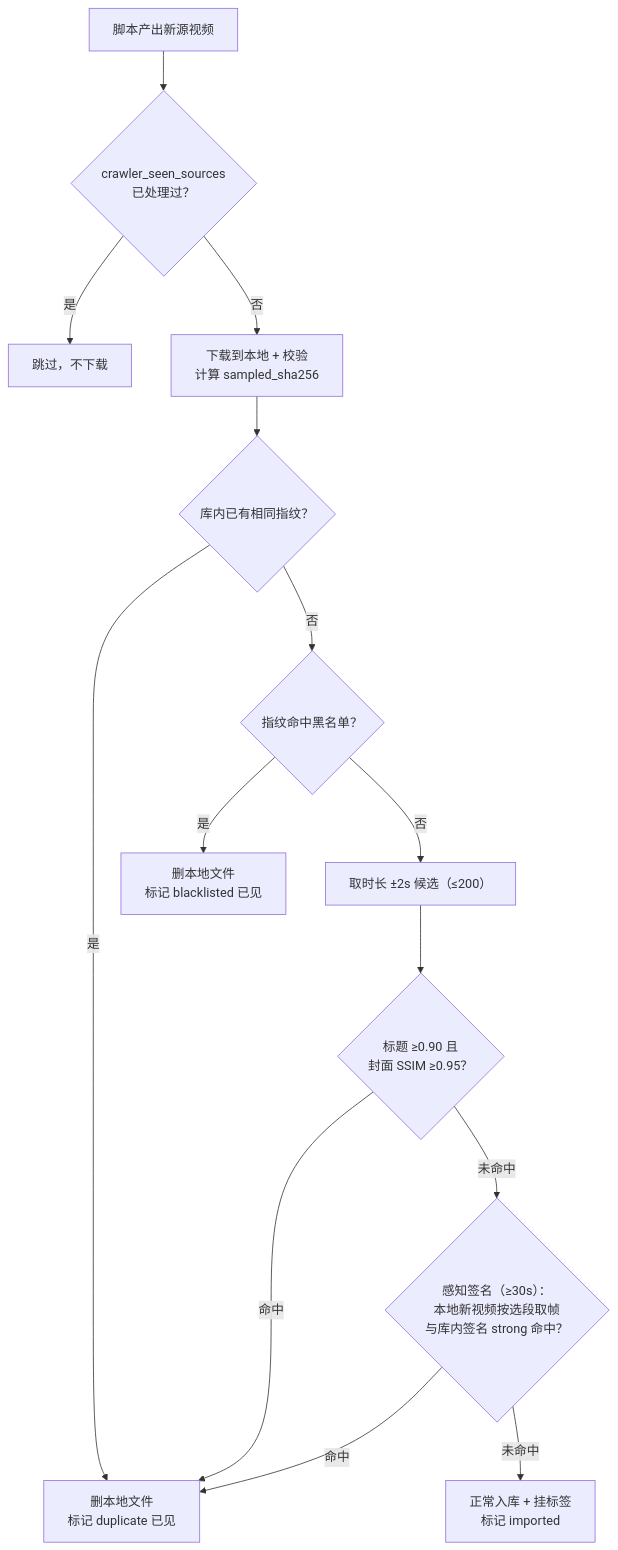
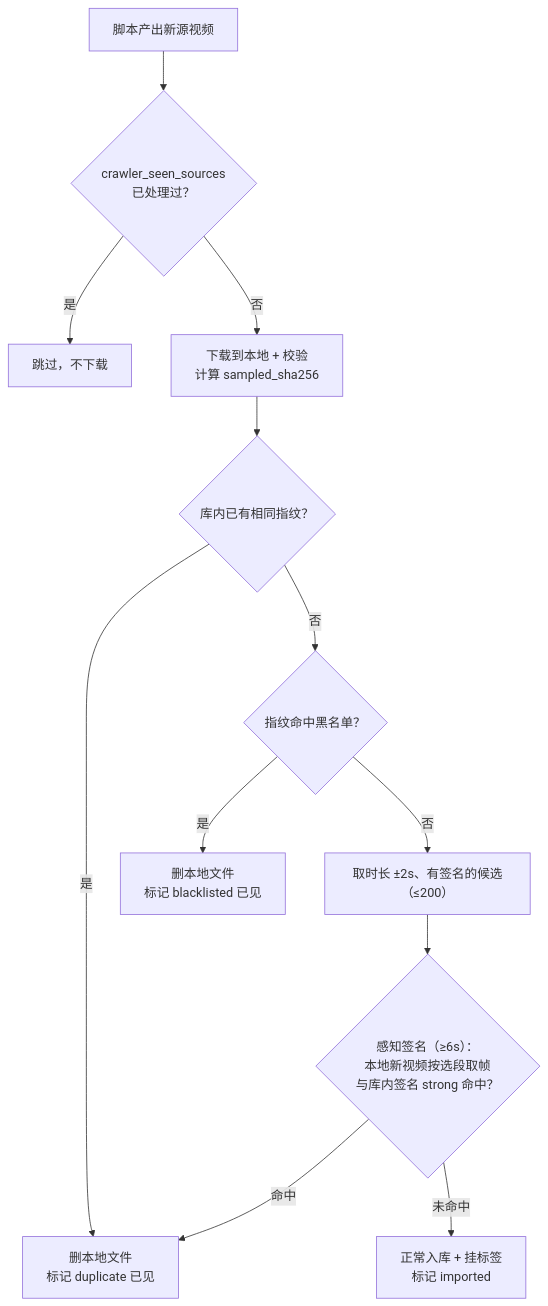
One commit to nianzhibai/91 changed the second of 3 diagrams in docs/DEDUP.md. Above: the diagram before and after it, drawn with Mermaid. The commit also changed other lines of this file and 29 other files, not shown here.

````diff
--- a/docs/DEDUP.md
+++ b/docs/DEDUP.md
@@ -66,16 +65,14 @@
 ```mermaid
 flowchart TD
     A["脚本产出新源视频"] --> B{"crawler_seen_sources<br/>已处理过？"}
     B -- 是 --> SKIP1["跳过，不下载"]
     B -- 否 --> C["下载到本地 + 校验<br/>计算 sampled_sha256"]
     C --> D{"库内已有相同指纹？"}
     D -- 是 --> SKIP2["删本地文件<br/>标记 duplicate 已见"]
     D -- 否 --> BL{"指纹命中黑名单？"}
     BL -- 是 --> SKIP3["删本地文件<br/>标记 blacklisted 已见"]
-    BL -- 否 --> E["取时长 ±2s 候选（≤200）"]
-    E --> F{"标题 ≥0.90 且<br/>封面 SSIM ≥0.95？"}
-    F -- 命中 --> SKIP2
-    F -- 未命中 --> G{"感知签名（≥30s）：<br/>本地新视频按选段取帧<br/>与库内签名 strong 命中？"}
+    BL -- 否 --> E["取时长 ±2s、有签名的候选（≤200）"]
+    E --> G{"感知签名（≥6s）：<br/>本地新视频按选段取帧<br/>与库内签名 strong 命中？"}
     G -- 命中 --> SKIP2
     G -- 未命中 --> J["正常入库 + 挂标签<br/>标记 imported"]
 ```
````
